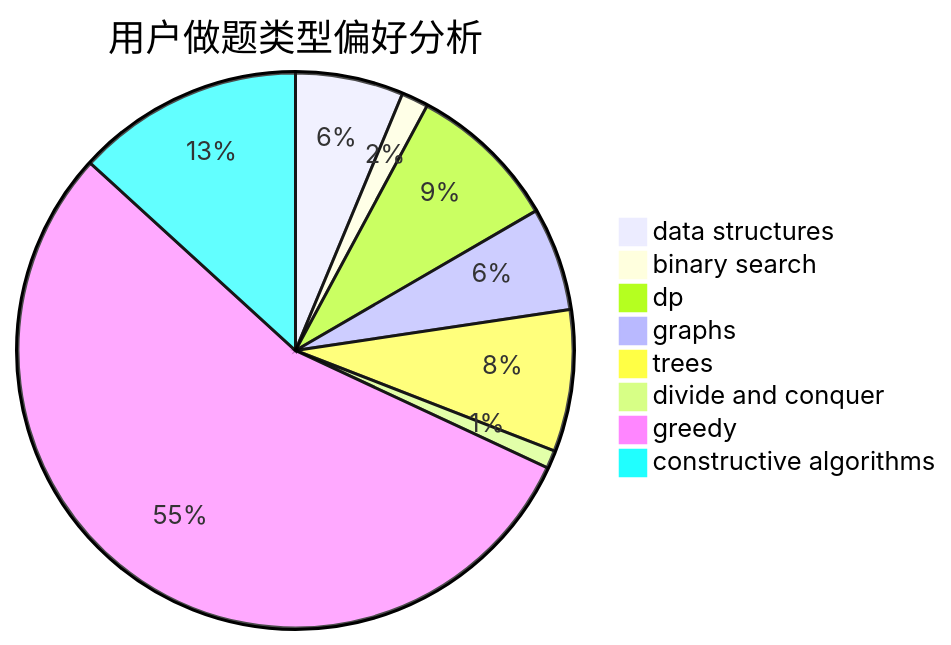
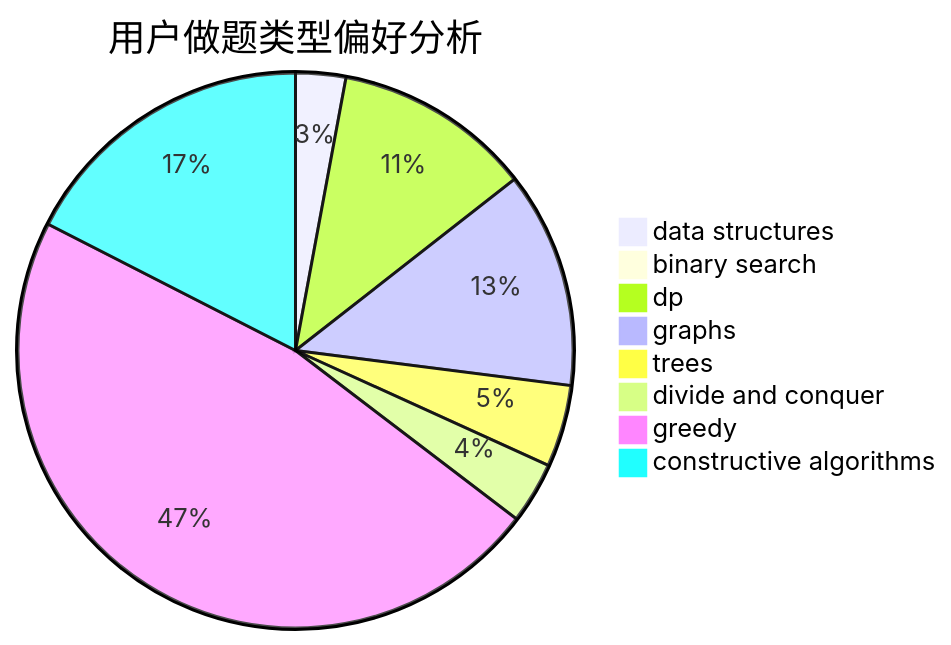
One commit to sherpahu/cfrs.github.io changed the second of 3 diagrams in docs/user/u1835.md. Above: the diagram before and after it, drawn with Mermaid. The commit also changed other lines of this file and 2770 other files, not shown here.

````diff
--- a/docs/user/u1835.md
+++ b/docs/user/u1835.md
@@ -23,11 +23,11 @@
 ```mermaid
 pie title 用户做题类型偏好分析
-    "data structures" :  48
-    "binary search" :  12
-    "dp" :  67
-    "graphs" :  46
-    "trees" :  63
-    "divide and conquer" :  8
-    "greedy" :  419
-    "constructive algorithms" :  101
+    "data structures" :  22
+    "binary search" :  2
+    "dp" :  87
+    "graphs" :  95
+    "trees" :  36
+    "divide and conquer" :  27
+    "greedy" :  356
+    "constructive algorithms" :  132
 ```
````
